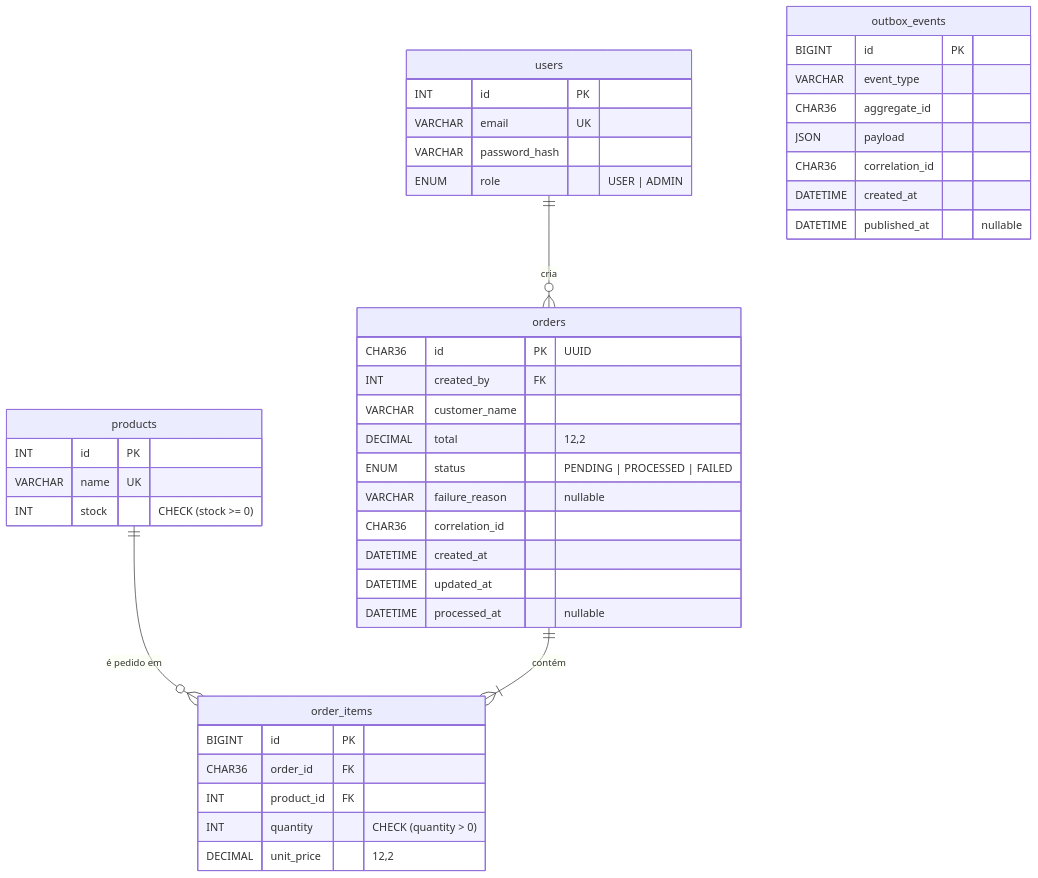
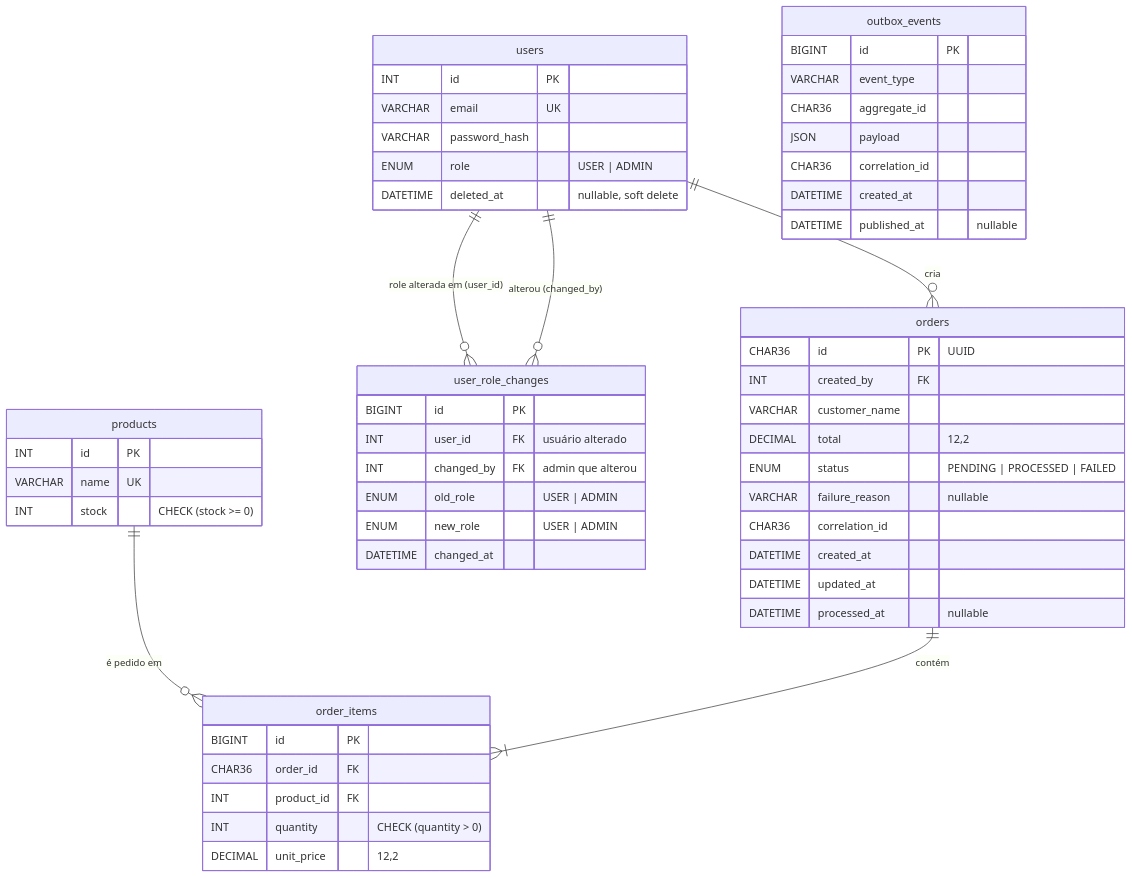
The second of 4 diagrams in docs/ARCHITECTURE.md (tabskey/order-bee), drawn with Mermaid before and after one commit. The commit also changed other lines of this file and 16 other files, not shown here.

Commit message:
feat(auth): implement user registration and role management with audit logging feat(users): add soft delete and role change functionality for users docs: update architecture and plan to reflect new user management features test(users): add e2e tests for user soft delete and role change endpoints

````diff
--- a/docs/ARCHITECTURE.md
+++ b/docs/ARCHITECTURE.md
@@ -97,46 +97,57 @@
 ```mermaid
 erDiagram
     users    ||--o{ orders : cria
+    users    ||--o{ user_role_changes : "role alterada em (user_id)"
+    users    ||--o{ user_role_changes : "alterou (changed_by)"
     products ||--o{ order_items : "é pedido em"
     orders   ||--|{ order_items : contém
 
     users {
         INT id PK
         VARCHAR email UK
         VARCHAR password_hash
         ENUM role "USER | ADMIN"
+        DATETIME deleted_at "nullable, soft delete"
+    }
+    user_role_changes {
+        BIGINT id PK
+        INT user_id FK "usuário alterado"
+        INT changed_by FK "admin que alterou"
+        ENUM old_role "USER | ADMIN"
+        ENUM new_role "USER | ADMIN"
+        DATETIME changed_at
     }
     products {
         INT id PK
         VARCHAR name UK
         INT stock "CHECK (stock >= 0)"
     }
     orders {
         CHAR36 id PK "UUID"
         INT created_by FK
         VARCHAR customer_name
         DECIMAL total "12,2"
         ENUM status "PENDING | PROCESSED | FAILED"
         VARCHAR failure_reason "nullable"
         CHAR36 correlation_id
         DATETIME created_at
         DATETIME updated_at
         DATETIME processed_at "nullable"
     }
     order_items {
         BIGINT id PK
         CHAR36 order_id FK
         INT product_id FK
         INT quantity "CHECK (quantity > 0)"
         DECIMAL unit_price "12,2"
     }
     outbox_events {
         BIGINT id PK
         VARCHAR event_type
         CHAR36 aggregate_id
         JSON payload
         CHAR36 correlation_id
         DATETIME created_at
         DATETIME published_at "nullable"
     }
 ```
````
